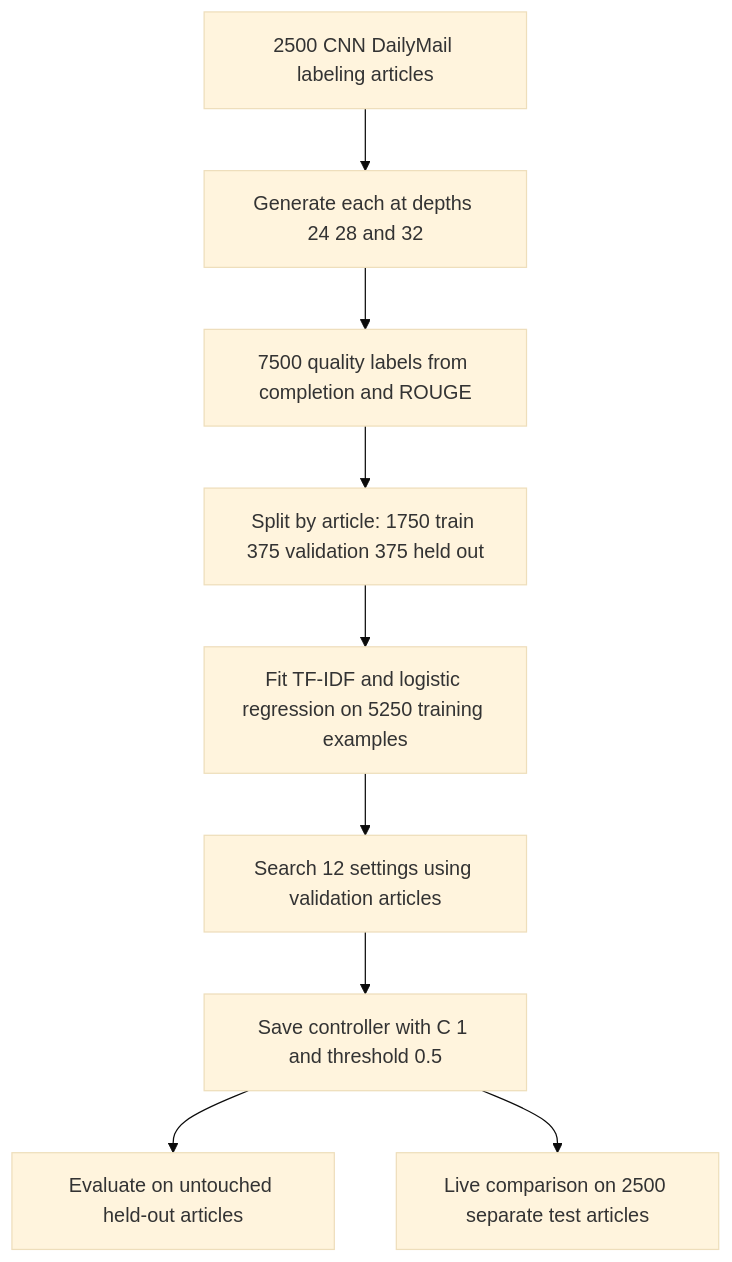
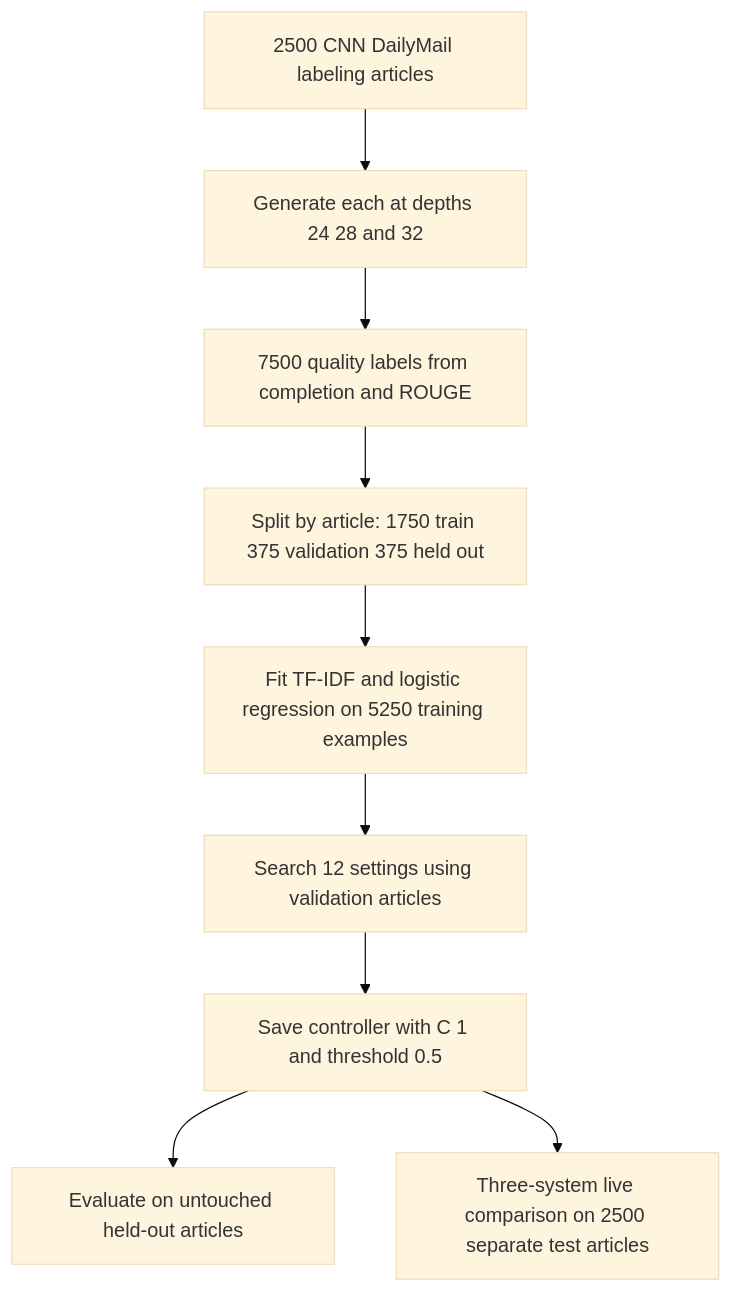
The diagram in research-paper-v6.1/traning.md (Rami2212/PSSN-LLM-Reasoning), drawn with Mermaid (base theme) before and after one commit. The commit also changed other lines of this file and 4 other files, not shown here.

````diff
--- a/research-paper-v6.1/traning.md
+++ b/research-paper-v6.1/traning.md
@@ -48,11 +48,11 @@
 ```mermaid
 flowchart TD
     A[2500 CNN DailyMail labeling articles] --> B[Generate each at depths 24 28 and 32]
     B --> C[7500 quality labels from completion and ROUGE]
     C --> D[Split by article: 1750 train 375 validation 375 held out]
     D --> E[Fit TF-IDF and logistic regression on 5250 training examples]
     E --> F[Search 12 settings using validation articles]
     F --> G[Save controller with C 1 and threshold 0.5]
     G --> H[Evaluate on untouched held-out articles]
-    G --> I[Live comparison on 2500 separate test articles]
+    G --> I[Three-system live comparison on 2500 separate test articles]
 ```
````
